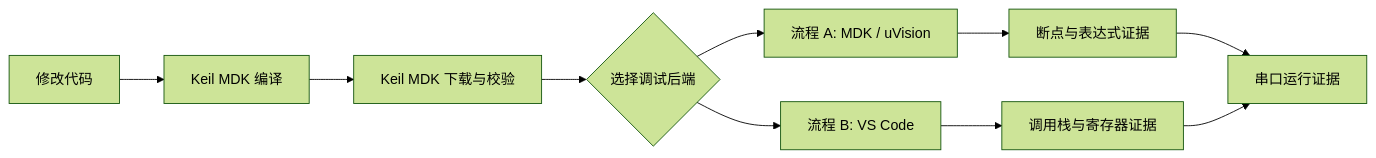
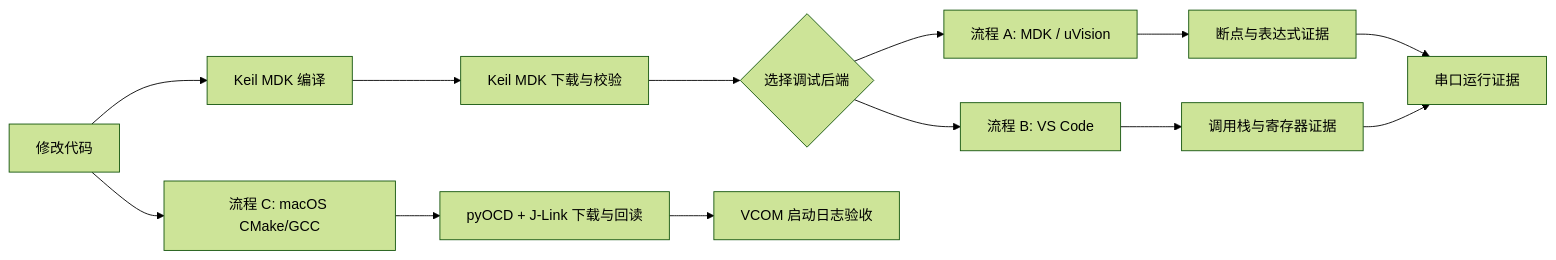
Before and after one commit to houhouoch/Workflow-A-or-B-: the diagram in README.md, drawn with Mermaid (forest theme). The commit also changed other lines of this file and 14 other files, not shown here.

Commit message:
docs: add macOS J-Link workflow and validation record

````diff
--- a/README.md
+++ b/README.md
@@ -14,12 +17,15 @@
 ```mermaid
 flowchart LR
     A[修改代码] --> B[Keil MDK 编译]
     B --> C[Keil MDK 下载与校验]
     C --> D{选择调试后端}
     D --> E[流程 A: MDK / uVision]
     D --> F[流程 B: VS Code]
     E --> G[断点与表达式证据]
     F --> H[调用栈与寄存器证据]
     G --> I[串口运行证据]
     H --> I
+    A --> J[流程 C: macOS CMake/GCC]
+    J --> K[pyOCD + J-Link 下载与回读]
+    K --> L[VCOM 启动日志验收]
 ```
````
